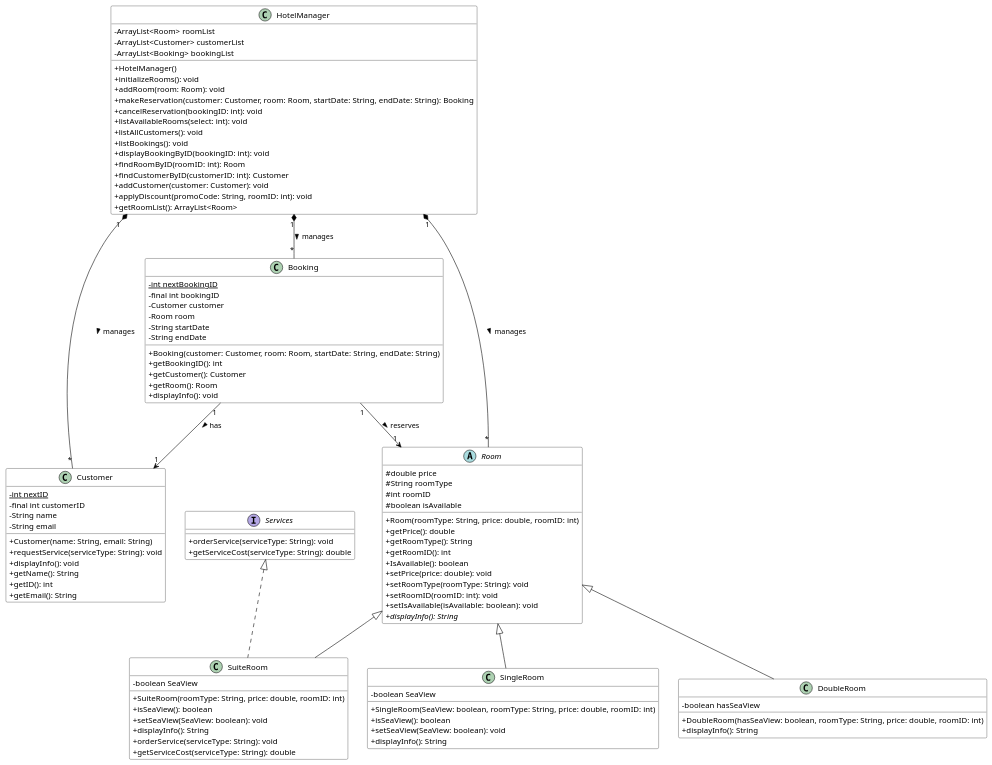
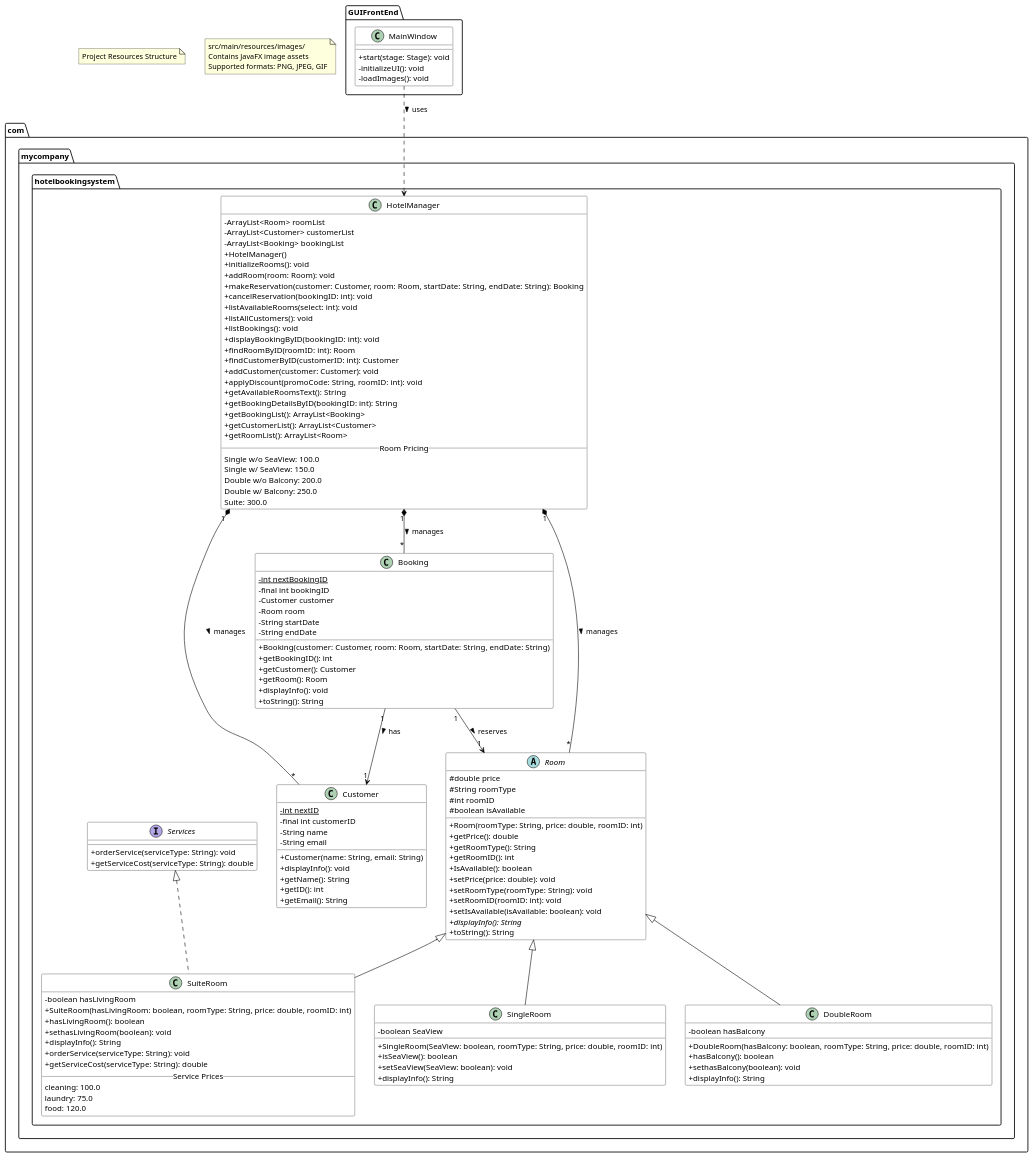
One commit to yossef-seyam/Hotel-Booking-system changed the diagram in HotelBookingSystem/HotelBookingSystem.puml. Above: the diagram before and after it, drawn with PlantUML. The commit also changed 18 other files, not shown here.

```diff
--- a/HotelBookingSystem/HotelBookingSystem.puml
+++ b/HotelBookingSystem/HotelBookingSystem.puml
@@ -1,116 +1,147 @@
 @startuml HotelBookingSystem
 
 skinparam classAttributeIconSize 0
 skinparam class {
     BackgroundColor White
     ArrowColor Black
     BorderColor Black
 }
 
-abstract class Room {
-    # double price
-    # String roomType
-    # int roomID
-    # boolean isAvailable
-    + Room(roomType: String, price: double, roomID: int)
-    + getPrice(): double
-    + getRoomType(): String
-    + getRoomID(): int
-    + IsAvailable(): boolean
-    + setPrice(price: double): void
-    + setRoomType(roomType: String): void
-    + setRoomID(roomID: int): void
-    + setIsAvailable(isAvailable: boolean): void
-    + {abstract} displayInfo(): String
+package "com.mycompany.hotelbookingsystem" {
+    abstract class Room {
+        # double price
+        # String roomType
+        # int roomID
+        # boolean isAvailable
+        + Room(roomType: String, price: double, roomID: int)
+        + getPrice(): double
+        + getRoomType(): String
+        + getRoomID(): int
+        + IsAvailable(): boolean
+        + setPrice(price: double): void
+        + setRoomType(roomType: String): void
+        + setRoomID(roomID: int): void
+        + setIsAvailable(isAvailable: boolean): void
+        + {abstract} displayInfo(): String
+        + toString(): String
+    }
+
+    class SingleRoom {
+        - boolean SeaView
+        + SingleRoom(SeaView: boolean, roomType: String, price: double, roomID: int)
+        + isSeaView(): boolean
+        + setSeaView(SeaView: boolean): void
+        + displayInfo(): String
+    }
+
+    class DoubleRoom {
+        - boolean hasBalcony
+        + DoubleRoom(hasBalcony: boolean, roomType: String, price: double, roomID: int)
+        + hasBalcony(): boolean
+        + sethasBalcony(boolean): void
+        + displayInfo(): String
+    }
+
+    interface Services {
+        + orderService(serviceType: String): void
+        + getServiceCost(serviceType: String): double
+    }
+
+    class SuiteRoom {
+        - boolean hasLivingRoom
+        + SuiteRoom(hasLivingRoom: boolean, roomType: String, price: double, roomID: int)
+        + hasLivingRoom(): boolean
+        + sethasLivingRoom(boolean): void
+        + displayInfo(): String
+        + orderService(serviceType: String): void
+        + getServiceCost(serviceType: String): double
+        __Service Prices__
+        cleaning: 100.0
+        laundry: 75.0
+        food: 120.0
+    }
+
+    class Customer {
+        - {static} int nextID
+        - final int customerID
+        - String name
+        - String email
+        + Customer(name: String, email: String)
+        + displayInfo(): void
+        + getName(): String
+        + getID(): int
+        + getEmail(): String
+    }
+
+    class Booking {
+        - {static} int nextBookingID
+        - final int bookingID
+        - Customer customer
+        - Room room
+        - String startDate
+        - String endDate
+        + Booking(customer: Customer, room: Room, startDate: String, endDate: String)
+        + getBookingID(): int
+        + getCustomer(): Customer
+        + getRoom(): Room
+        + displayInfo(): void
+        + toString(): String
+    }
+
+    class HotelManager {
+        - ArrayList<Room> roomList
+        - ArrayList<Customer> customerList
+        - ArrayList<Booking> bookingList
+        + HotelManager()
+        + initializeRooms(): void
+        + addRoom(room: Room): void
+        + makeReservation(customer: Customer, room: Room, startDate: String, endDate: String): Booking
+        + cancelReservation(bookingID: int): void
+        + listAvailableRooms(select: int): void
+        + listAllCustomers(): void
+        + listBookings(): void
+        + displayBookingByID(bookingID: int): void
+        + findRoomByID(roomID: int): Room
+        + findCustomerByID(customerID: int): Customer
+        + addCustomer(customer: Customer): void
+        + applyDiscount(promoCode: String, roomID: int): void
+        + getAvailableRoomsText(): String
+        + getBookingDetailsByID(bookingID: int): String
+        + getBookingList(): ArrayList<Booking>
+        + getCustomerList(): ArrayList<Customer>
+        + getRoomList(): ArrayList<Room>
+        __Room Pricing__
+        Single w/o SeaView: 100.0
+        Single w/ SeaView: 150.0
+        Double w/o Balcony: 200.0
+        Double w/ Balcony: 250.0
+        Suite: 300.0
+    }
 }
 
-class SingleRoom {
-    - boolean SeaView
-    + SingleRoom(SeaView: boolean, roomType: String, price: double, roomID: int)
-    + isSeaView(): boolean
-    + setSeaView(SeaView: boolean): void
-    + displayInfo(): String
+package "GUIFrontEnd" {
+    class MainWindow {
+        + start(stage: Stage): void
+        - initializeUI(): void
+        - loadImages(): void
+    }
 }
 
-class DoubleRoom {
-    - boolean hasSeaView
-    + DoubleRoom(hasSeaView: boolean, roomType: String, price: double, roomID: int)
-    + displayInfo(): String
-}
-
-interface Services {
-    + orderService(serviceType: String): void
-    + getServiceCost(serviceType: String): double
-}
-
-class SuiteRoom {
-    - boolean SeaView
-    + SuiteRoom(roomType: String, price: double, roomID: int)
-    + isSeaView(): boolean
-    + setSeaView(SeaView: boolean): void
-    + displayInfo(): String
-    + orderService(serviceType: String): void
-    + getServiceCost(serviceType: String): double
-}
-
-class Customer {
-    - {static} int nextID
-    - final int customerID
-    - String name
-    - String email
-    + Customer(name: String, email: String)
-    + requestService(serviceType: String): void
-    + displayInfo(): void
-    + getName(): String
-    + getID(): int
-    + getEmail(): String
-}
-
-class Booking {
-    - {static} int nextBookingID
-    - final int bookingID
-    - Customer customer
-    - Room room
-    - String startDate
-    - String endDate
-    + Booking(customer: Customer, room: Room, startDate: String, endDate: String)
-    + getBookingID(): int
-    + getCustomer(): Customer
-    + getRoom(): Room
-    + displayInfo(): void
-}
-
-class HotelManager {
-    - ArrayList<Room> roomList
-    - ArrayList<Customer> customerList
-    - ArrayList<Booking> bookingList
-    + HotelManager()
-    + initializeRooms(): void
-    + addRoom(room: Room): void
-    + makeReservation(customer: Customer, room: Room, startDate: String, endDate: String): Booking
-    + cancelReservation(bookingID: int): void
-    + listAvailableRooms(select: int): void
-    + listAllCustomers(): void
-    + listBookings(): void
-    + displayBookingByID(bookingID: int): void
-    + findRoomByID(roomID: int): Room
-    + findCustomerByID(customerID: int): Customer
-    + addCustomer(customer: Customer): void
-    + applyDiscount(promoCode: String, roomID: int): void
-    + getRoomList(): ArrayList<Room>
-}
+note "Project Resources Structure" as N1
+note "src/main/resources/images/\nContains JavaFX image assets\nSupported formats: PNG, JPEG, GIF" as N2
 
 ' Inheritance relationships
 Room <|-- SingleRoom
 Room <|-- DoubleRoom
 Room <|-- SuiteRoom
 Services <|.. SuiteRoom
 
 ' Associations
 HotelManager "1" *-- "*" Room : manages >
 HotelManager "1" *-- "*" Customer : manages >
 HotelManager "1" *-- "*" Booking : manages >
 Booking "1" --> "1" Customer : has >
 Booking "1" --> "1" Room : reserves >
+MainWindow ..> HotelManager : uses >
 
 @enduml 
```
